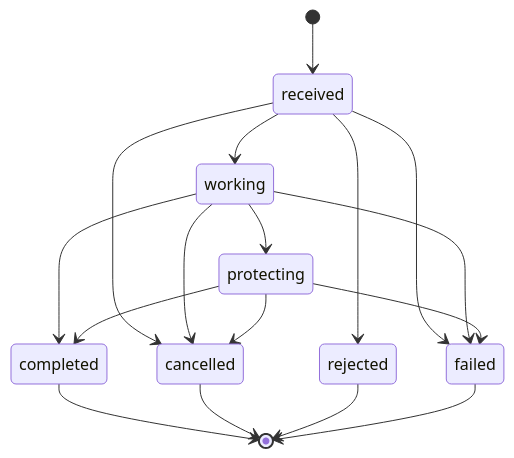
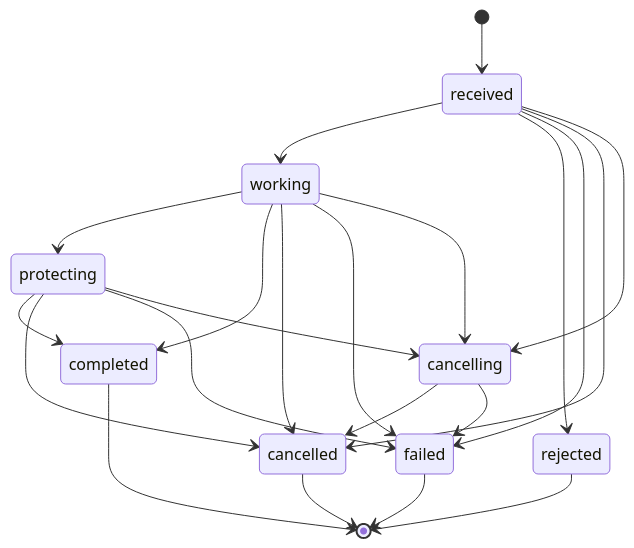
Before and after one commit to pramodathani/unified_broker_interface: the second of 2 diagrams in docs/rest-api/order-engine.md, drawn with Mermaid. The commit also changed other lines of this file and 13 other files, not shown here.

````diff
--- a/docs/rest-api/order-engine.md
+++ b/docs/rest-api/order-engine.md
@@ -179,19 +179,24 @@
 ```mermaid
 stateDiagram-v2
     [*] --> received
     received --> working
     received --> rejected
     received --> failed
     received --> cancelled
     working --> protecting
     working --> completed
     working --> cancelled
     working --> failed
     protecting --> completed
     protecting --> cancelled
     protecting --> failed
+    received --> cancelling
+    working --> cancelling
+    protecting --> cancelling
+    cancelling --> cancelled
+    cancelling --> failed
     completed --> [*]
     cancelled --> [*]
     rejected --> [*]
     failed --> [*]
 ```
````
